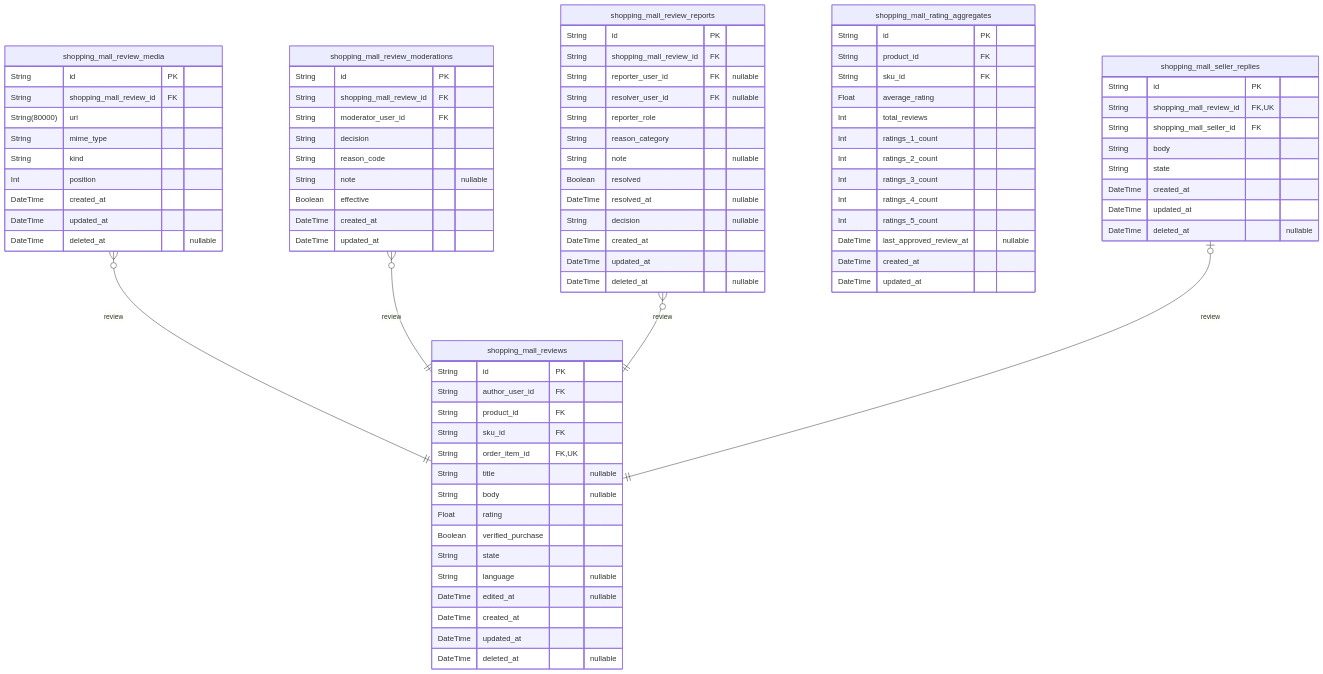
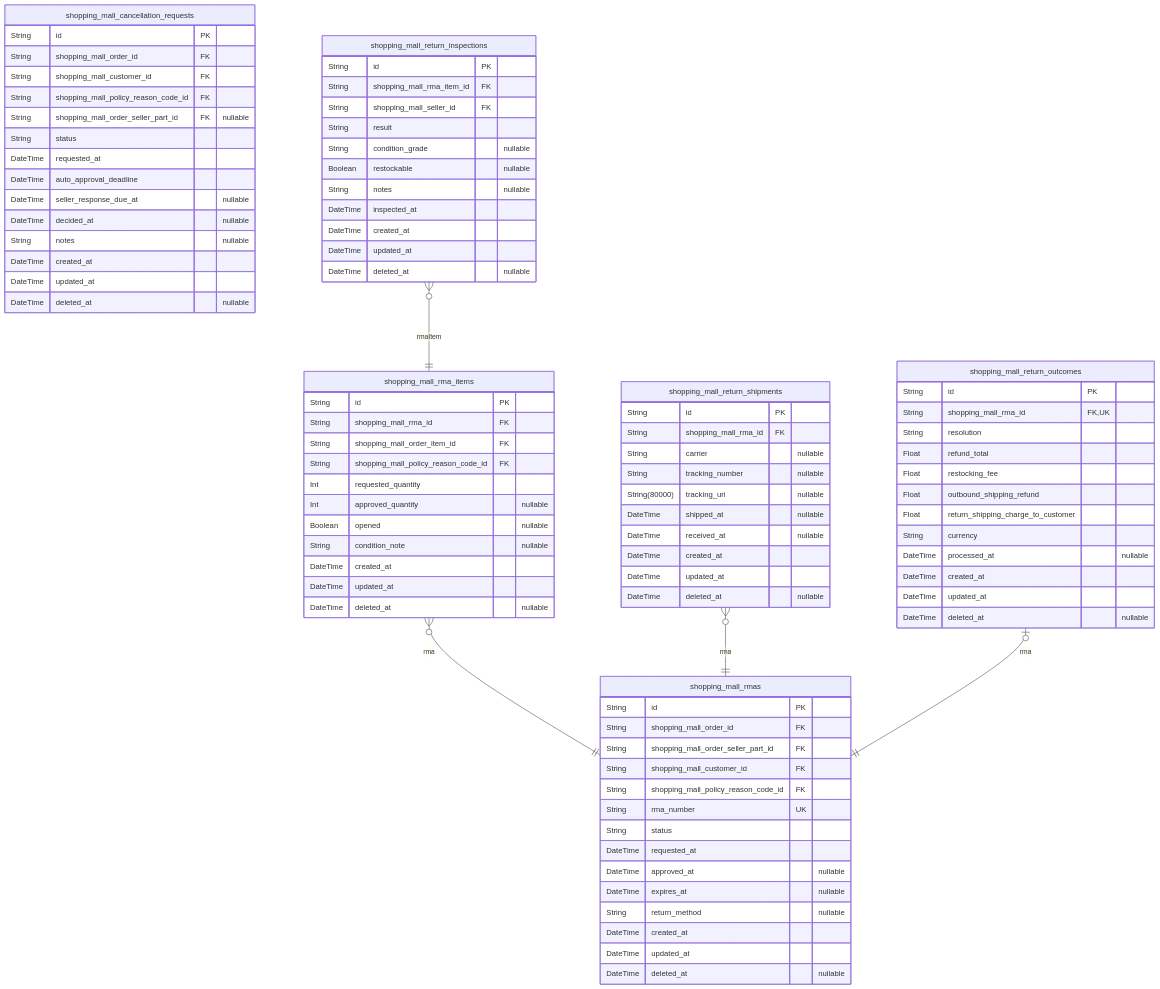
Before and after one commit to wrtnlabs/autobe-examples: the tenth of 13 diagrams in openai/gpt-5/shopping/docs/ERD.md, drawn with Mermaid. The commit also changed other lines of this file and 16146 other files, not shown here.

````diff
--- a/openai/gpt-5/shopping/docs/ERD.md
+++ b/openai/gpt-5/shopping/docs/ERD.md
@@ -2691,86 +2919,91 @@
 ```mermaid
 erDiagram
-"shopping_mall_reviews" {
+"shopping_mall_cancellation_requests" {
   String id PK
-  String author_user_id FK
-  String product_id FK
-  String sku_id FK
-  String order_item_id FK,UK
-  String title "nullable"
-  String body "nullable"
-  Float rating
-  Boolean verified_purchase
-  String state
-  String language "nullable"
-  DateTime edited_at "nullable"
+  String shopping_mall_order_id FK
+  String shopping_mall_customer_id FK
+  String shopping_mall_policy_reason_code_id FK
+  String shopping_mall_order_seller_part_id FK "nullable"
+  String status
+  DateTime requested_at
+  DateTime auto_approval_deadline
+  DateTime seller_response_due_at "nullable"
+  DateTime decided_at "nullable"
+  String notes "nullable"
   DateTime created_at
   DateTime updated_at
   DateTime deleted_at "nullable"
 }
-"shopping_mall_review_media" {
+"shopping_mall_rmas" {
   String id PK
-  String shopping_mall_review_id FK
-  String(80000) uri
-  String mime_type
-  String kind
-  Int position
+  String shopping_mall_order_id FK
+  String shopping_mall_order_seller_part_id FK
+  String shopping_mall_customer_id FK
+  String shopping_mall_policy_reason_code_id FK
+  String rma_number UK
+  String status
+  DateTime requested_at
+  DateTime approved_at "nullable"
+  DateTime expires_at "nullable"
+  String return_method "nullable"
   DateTime created_at
   DateTime updated_at
   DateTime deleted_at "nullable"
 }
-"shopping_mall_review_moderations" {
+"shopping_mall_rma_items" {
   String id PK
-  String shopping_mall_review_id FK
-  String moderator_user_id FK
-  String decision
-  String reason_code
-  String note "nullable"
-  Boolean effective
-  DateTime created_at
-  DateTime updated_at
-}
-"shopping_mall_review_reports" {
-  String id PK
-  String shopping_mall_review_id FK
-  String reporter_user_id FK "nullable"
-  String resolver_user_id FK "nullable"
-  String reporter_role
-  String reason_category
-  String note "nullable"
-  Boolean resolved
-  DateTime resolved_at "nullable"
-  String decision "nullable"
+  String shopping_mall_rma_id FK
+  String shopping_mall_order_item_id FK
+  String shopping_mall_policy_reason_code_id FK
+  Int requested_quantity
+  Int approved_quantity "nullable"
+  Boolean opened "nullable"
+  String condition_note "nullable"
   DateTime created_at
   DateTime updated_at
   DateTime deleted_at "nullable"
 }
-"shopping_mall_rating_aggregates" {
+"shopping_mall_return_shipments" {
   String id PK
-  String product_id FK
-  String sku_id FK
-  Float average_rating
-  Int total_reviews
-  Int ratings_1_count
-  Int ratings_2_count
-  Int ratings_3_count
-  Int ratings_4_count
-  Int ratings_5_count
-  DateTime last_approved_review_at "nullable"
-  DateTime created_at
-  DateTime updated_at
-}
-"shopping_mall_seller_replies" {
-  String id PK
-  String shopping_mall_review_id FK,UK
-  String shopping_mall_seller_id FK
-  String body
-  String state
+  String shopping_mall_rma_id FK
+  String carrier "nullable"
+  String tracking_number "nullable"
+  String(80000) tracking_uri "nullable"
+  DateTime shipped_at "nullable"
+  DateTime received_at "nullable"
   DateTime created_at
   DateTime updated_at
   DateTime deleted_at "nullable"
 }
-"shopping_mall_review_media" }o--|| "shopping_mall_reviews" : review
-"shopping_mall_review_moderations" }o--|| "shopping_mall_reviews" : review
-"shopping_mall_review_reports" }o--|| "shopping_mall_reviews" : review
-"shopping_mall_seller_replies" |o--|| "shopping_mall_reviews" : review
+"shopping_mall_return_inspections" {
+  String id PK
+  String shopping_mall_rma_item_id FK
+  String shopping_mall_seller_id FK
+  String result
+  String condition_grade "nullable"
+  Boolean restockable "nullable"
+  String notes "nullable"
+  DateTime inspected_at
+  DateTime created_at
+  DateTime updated_at
+  DateTime deleted_at "nullable"
+}
+"shopping_mall_return_outcomes" {
+  String id PK
+  String shopping_mall_rma_id FK,UK
+  String resolution
+  Float refund_total
+  Float restocking_fee
+  Float outbound_shipping_refund
+  Float return_shipping_charge_to_customer
+  String currency
+  DateTime processed_at "nullable"
+  DateTime created_at
+  DateTime updated_at
+  DateTime deleted_at "nullable"
+}
+"shopping_mall_rma_items" }o--|| "shopping_mall_rmas" : rma
+"shopping_mall_return_shipments" }o--|| "shopping_mall_rmas" : rma
+"shopping_mall_return_inspections" }o--|| "shopping_mall_rma_items" : rmaItem
+"shopping_mall_return_outcomes" |o--|| "shopping_mall_rmas" : rma
 ```
````
